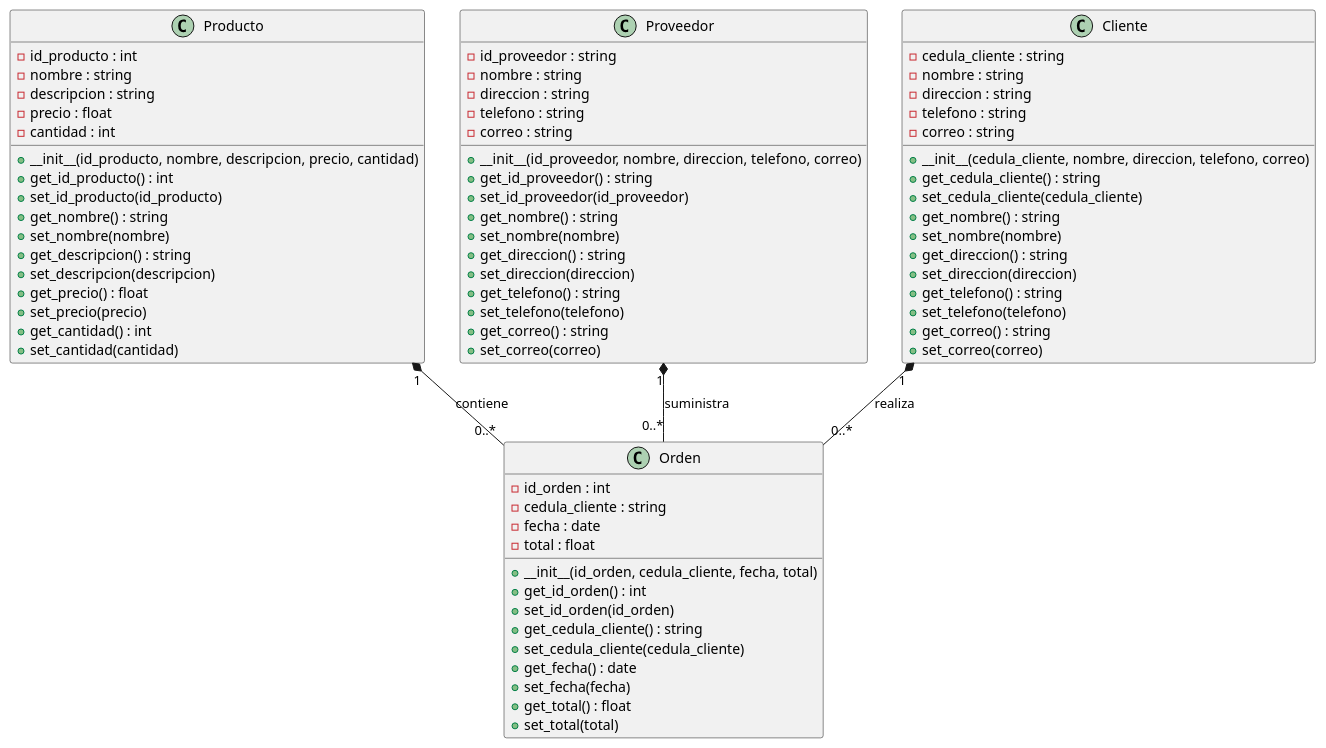
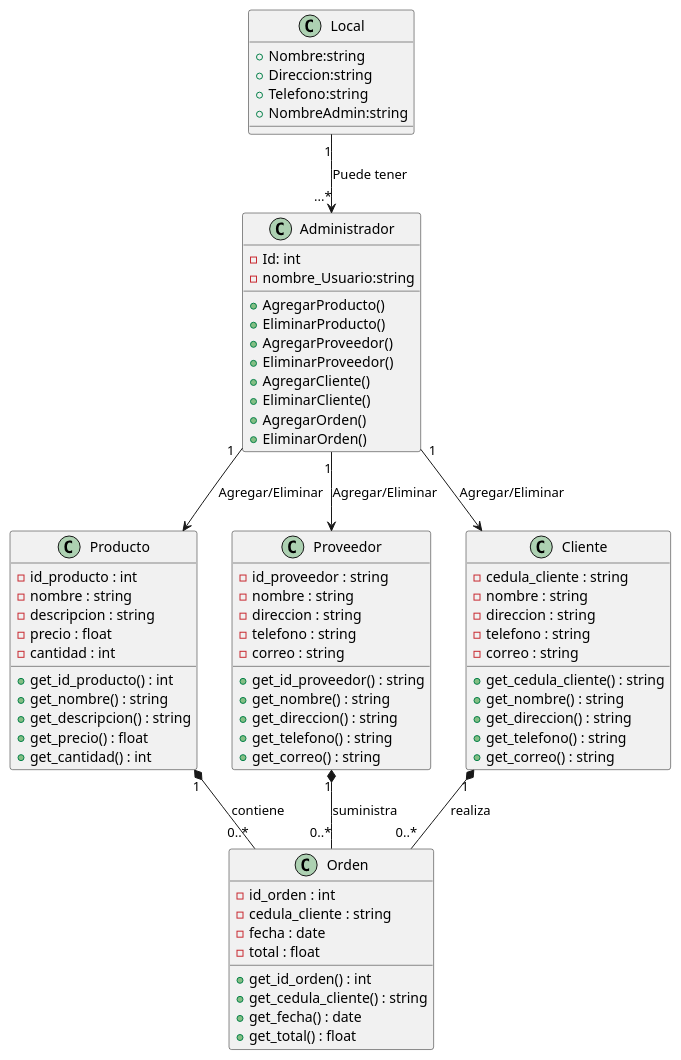
Before and after one commit to General-Jhon/PROYECTO_LENGUAJE-II: the diagram in DiagramasUML/DiagramaClases.puml, drawn with PlantUML. The commit also changed 9 other files, not shown here.

```diff
--- a/DiagramasUML/DiagramaClases.puml
+++ b/DiagramasUML/DiagramaClases.puml
@@ -1,79 +1,83 @@
 @startuml Inventario
+class Local{
+
+    +Nombre:string
+    +Direccion:string
+    +Telefono:string
+    +NombreAdmin:string
+}
+
+
+class Administrador{
+    -Id: int
+    -nombre_Usuario:string
+    +AgregarProducto()
+    +EliminarProducto()
+    +AgregarProveedor()
+    +EliminarProveedor()
+    +AgregarCliente()
+    +EliminarCliente()
+    +AgregarOrden()
+    +EliminarOrden()
+}
+
+
 class Producto {
     - id_producto : int
     - nombre : string
     - descripcion : string
     - precio : float
     - cantidad : int
-    + __init__(id_producto, nombre, descripcion, precio, cantidad)
     + get_id_producto() : int
-    + set_id_producto(id_producto)
     + get_nombre() : string
-    + set_nombre(nombre)
     + get_descripcion() : string
-    + set_descripcion(descripcion)
     + get_precio() : float
-    + set_precio(precio)
     + get_cantidad() : int
-    + set_cantidad(cantidad)
 }
 
 class Proveedor {
     - id_proveedor : string
     - nombre : string
     - direccion : string
     - telefono : string
     - correo : string
-    + __init__(id_proveedor, nombre, direccion, telefono, correo)
     + get_id_proveedor() : string
-    + set_id_proveedor(id_proveedor)
     + get_nombre() : string
-    + set_nombre(nombre)
     + get_direccion() : string
-    + set_direccion(direccion)
     + get_telefono() : string
-    + set_telefono(telefono)
     + get_correo() : string
-    + set_correo(correo)
 }
 
 class Cliente {
     - cedula_cliente : string
     - nombre : string
     - direccion : string
     - telefono : string
     - correo : string
-    + __init__(cedula_cliente, nombre, direccion, telefono, correo)
     + get_cedula_cliente() : string
-    + set_cedula_cliente(cedula_cliente)
     + get_nombre() : string
-    + set_nombre(nombre)
     + get_direccion() : string
-    + set_direccion(direccion)
     + get_telefono() : string
-    + set_telefono(telefono)
     + get_correo() : string
-    + set_correo(correo)
 }
 
 class Orden {
     - id_orden : int
     - cedula_cliente : string
     - fecha : date
     - total : float
-    + __init__(id_orden, cedula_cliente, fecha, total)
     + get_id_orden() : int
-    + set_id_orden(id_orden)
     + get_cedula_cliente() : string
-    + set_cedula_cliente(cedula_cliente)
     + get_fecha() : date
-    + set_fecha(fecha)
     + get_total() : float
-    + set_total(total)
 }
+Administrador "1" --> Producto : Agregar/Eliminar
+Administrador "1" --> Proveedor:Agregar/Eliminar
+Administrador "1" --> Cliente:Agregar/Eliminar
 
 Producto "1" *-- "0..*" Orden : contiene
 Proveedor "1" *-- "0..*" Orden : suministra
 Cliente "1" *-- "0..*" Orden : realiza
+Local "1"-->"...*" Administrador : Puede tener
 
 @enduml
```
